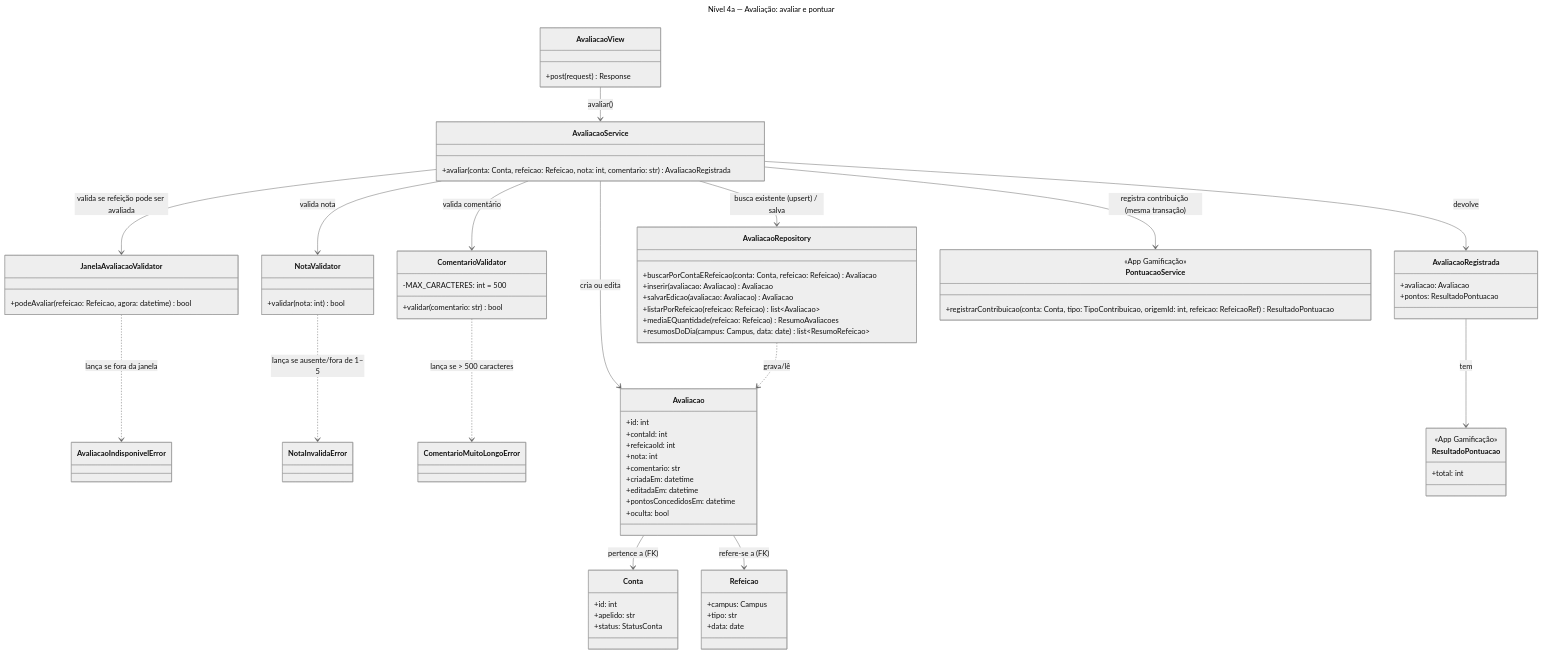
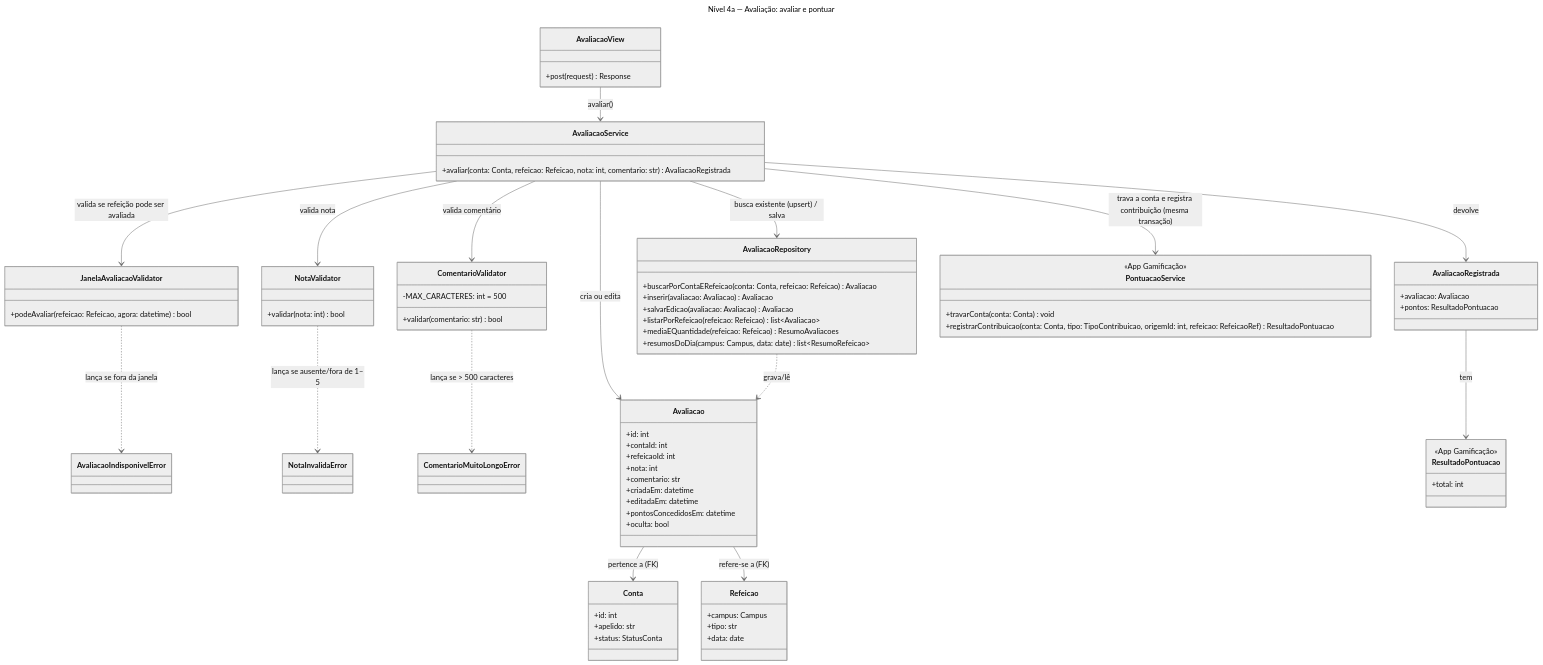
Before and after one commit to unb-mds/2026-2-Bandejao-UnB: the first of 2 diagrams in docs/arquitetura/backend/c4-nivel-4-avaliacao.md, drawn with Mermaid (neutral theme). The commit also changed other lines of this file and 2 other files, not shown here.

```diff
--- a/docs/arquitetura/backend/c4-nivel-4-avaliacao.md
+++ b/docs/arquitetura/backend/c4-nivel-4-avaliacao.md
@@ -92,6 +92,7 @@
   }
   class PontuacaoService {
     <<App Gamificação>>
+    +travarConta(conta: Conta) void
     +registrarContribuicao(conta: Conta, tipo: TipoContribuicao, origemId: int, refeicao: RefeicaoRef) ResultadoPontuacao
   }
   class ResultadoPontuacao {
@@ -108,7 +109,7 @@
   ComentarioValidator ..> ComentarioMuitoLongoError : lança se > 500 caracteres
   AvaliacaoService --> AvaliacaoRepository : busca existente (upsert) / salva
   AvaliacaoService --> Avaliacao : cria ou edita
-  AvaliacaoService --> PontuacaoService : registra contribuição (mesma transação)
+  AvaliacaoService --> PontuacaoService : trava a conta e registra contribuição (mesma transação)
   AvaliacaoService --> AvaliacaoRegistrada : devolve
   AvaliacaoRegistrada --> ResultadoPontuacao : tem
   AvaliacaoRepository ..> Avaliacao : grava/lê
```
